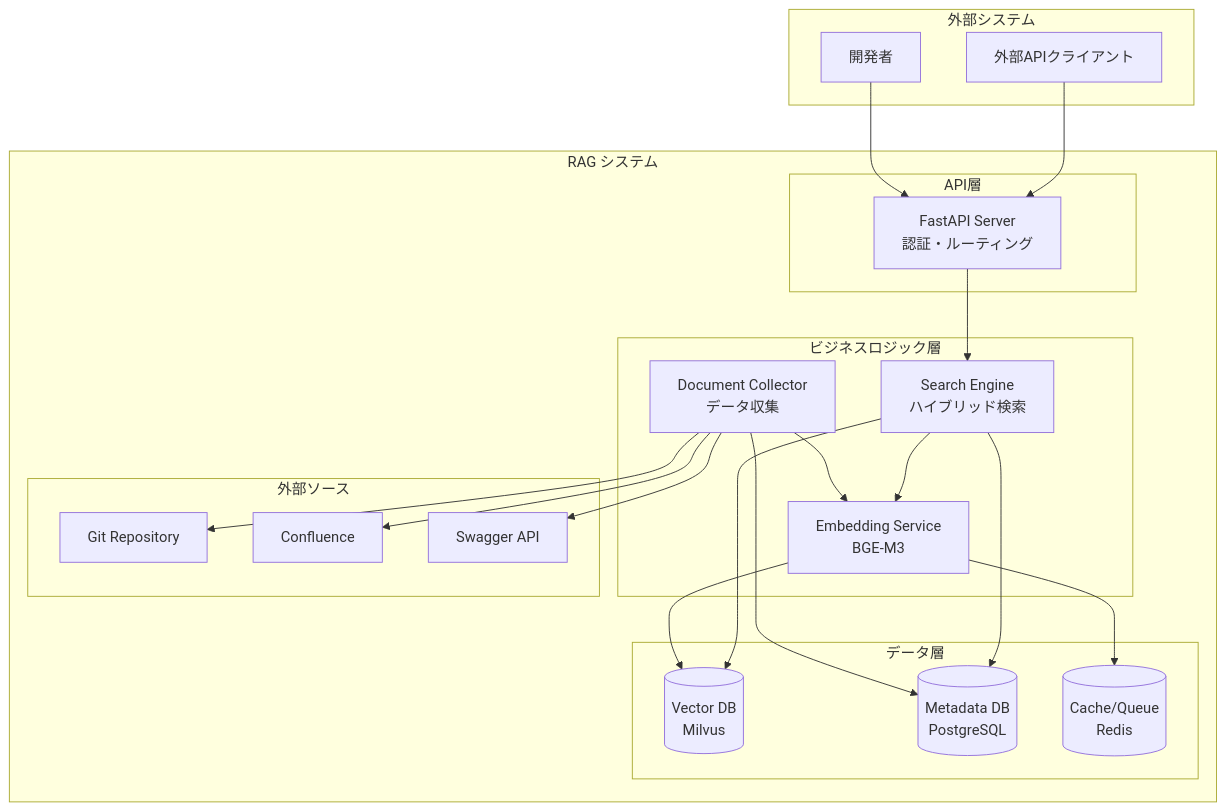
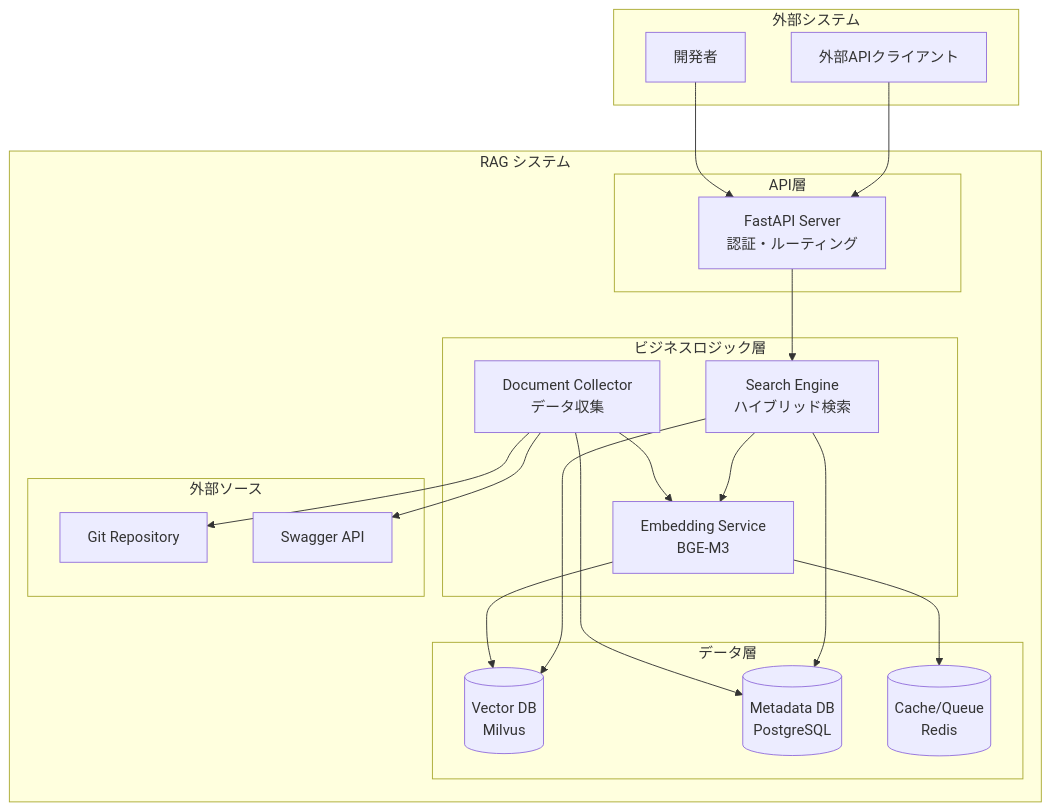
One commit to jangom2ok/spec_rag changed the diagram in docs/learning/Step00_SystemOverview.md. Above: the diagram before and after it, drawn with Mermaid. The commit also changed other lines of this file and 7 other files, not shown here.

````diff
--- a/docs/learning/Step00_SystemOverview.md
+++ b/docs/learning/Step00_SystemOverview.md
@@ -69,48 +69,46 @@
 ```mermaid
 graph TB
     subgraph "外部システム"
         CLIENT[外部APIクライアント]
         DEV[開発者]
     end
 
     subgraph "RAG システム"
         subgraph "API層"
             FASTAPI[FastAPI Server<br/>認証・ルーティング]
         end
 
         subgraph "ビジネスロジック層"
             SEARCH[Search Engine<br/>ハイブリッド検索]
             EMBED[Embedding Service<br/>BGE-M3]
             COLLECTOR[Document Collector<br/>データ収集]
         end
 
         subgraph "データ層"
             MILVUS[(Vector DB<br/>Milvus)]
             POSTGRES[(Metadata DB<br/>PostgreSQL)]
             REDIS[(Cache/Queue<br/>Redis)]
         end
 
         subgraph "外部ソース"
             GIT[Git Repository]
-            CONFLUENCE[Confluence]
             SWAGGER[Swagger API]
         end
     end
 
     CLIENT --> FASTAPI
     DEV --> FASTAPI
 
     FASTAPI --> SEARCH
     SEARCH --> EMBED
     SEARCH --> MILVUS
     SEARCH --> POSTGRES
 
     COLLECTOR --> GIT
-    COLLECTOR --> CONFLUENCE
     COLLECTOR --> SWAGGER
     COLLECTOR --> EMBED
     COLLECTOR --> POSTGRES
 
     EMBED --> MILVUS
     EMBED --> REDIS
 ```
````
